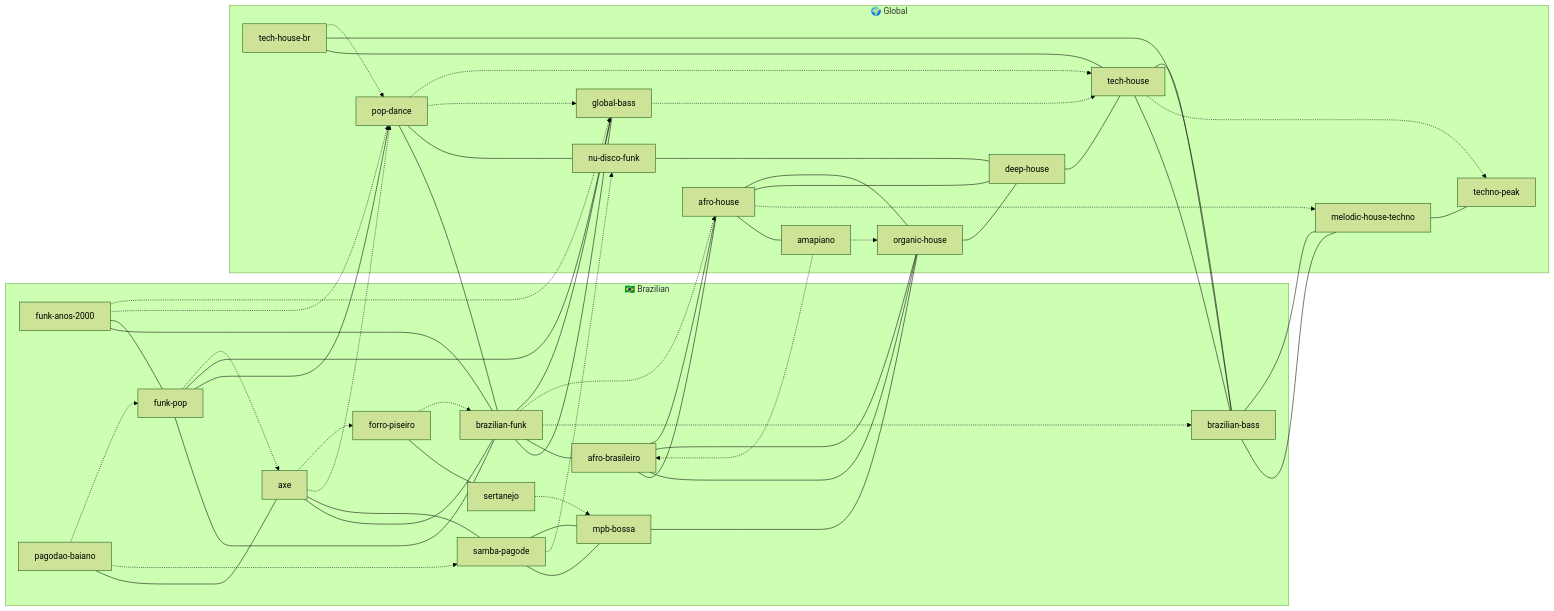
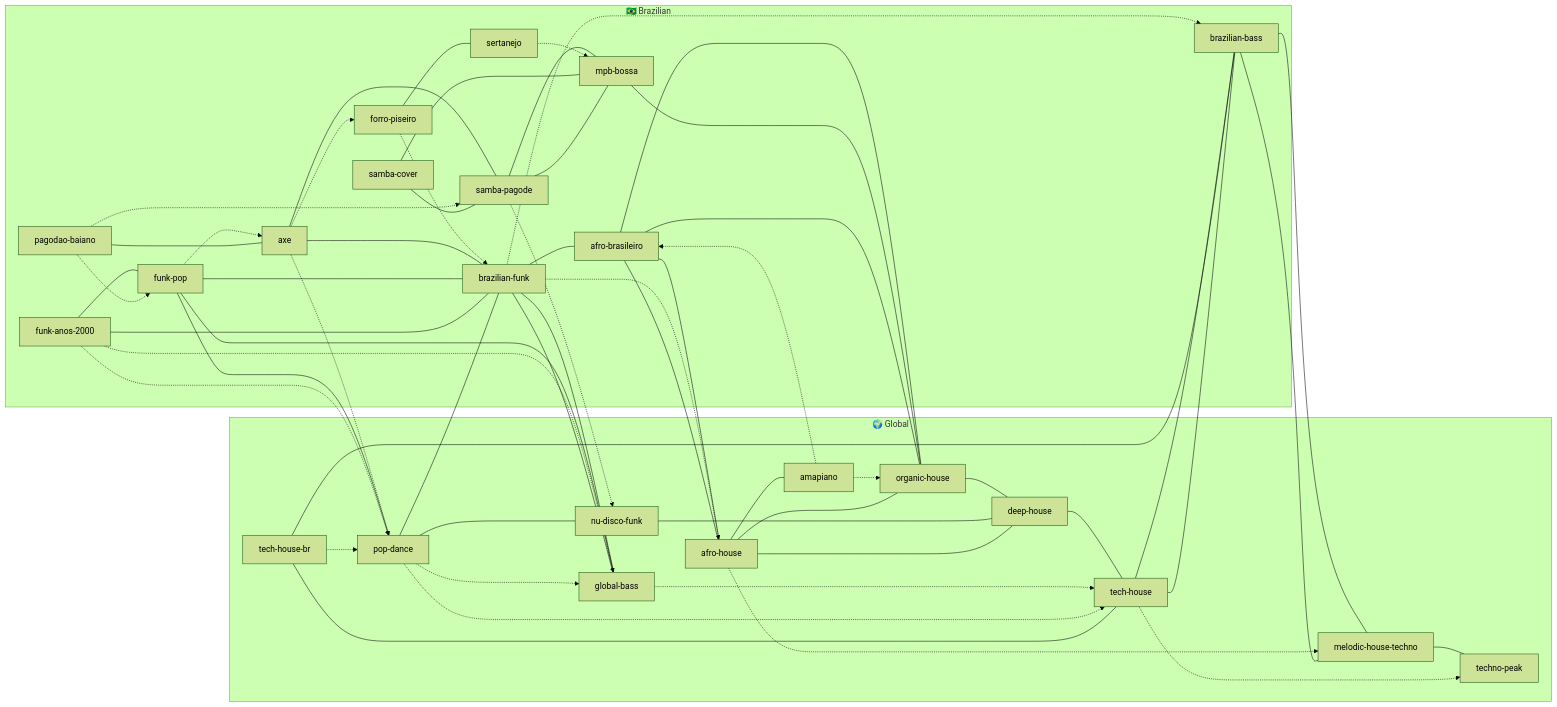
One commit to nansravn/nextrack changed the diagram in docs/genre-graph.md. Above: the diagram before and after it, drawn with Mermaid (forest theme). The commit also changed 3 other files, not shown here.

First line of the commit message:
Add samba-cover node + Grupo Sambô pool

````diff
--- a/docs/genre-graph.md
+++ b/docs/genre-graph.md
@@ -52,6 +52,7 @@
     FUNKPOP["funk-pop"]
     FUNK2000["funk-anos-2000"]
     PAGBA["pagodao-baiano"]
+    SAMBACOVER["samba-cover"]
   end
   subgraph GL["🌍 Global"]
     ORG["organic-house"]
@@ -127,4 +128,7 @@
   THB --- TECH
   THB --- BBASS
   THB -.-> POPD
+
+  SAMBACOVER --- SAMBA
+  SAMBACOVER --- MPB
 ```
````
